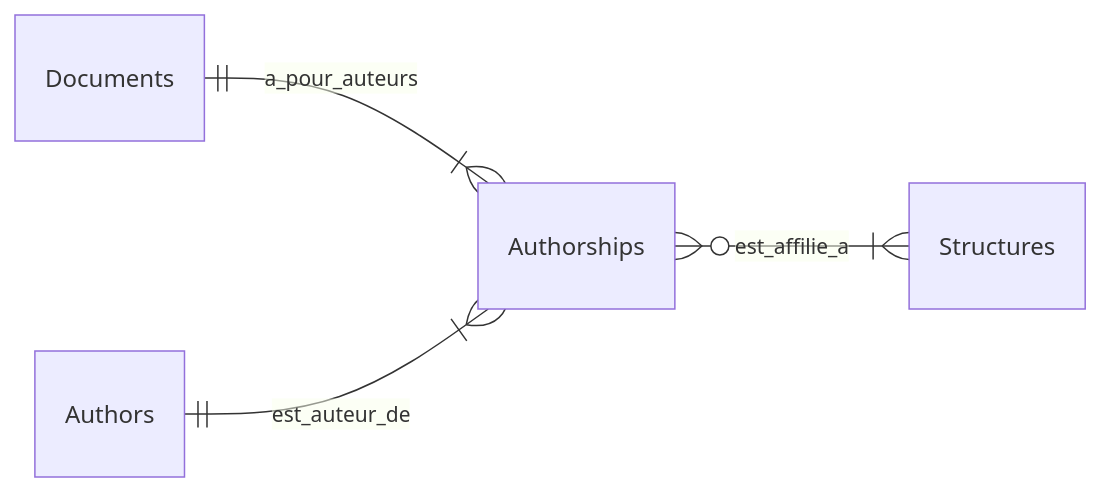
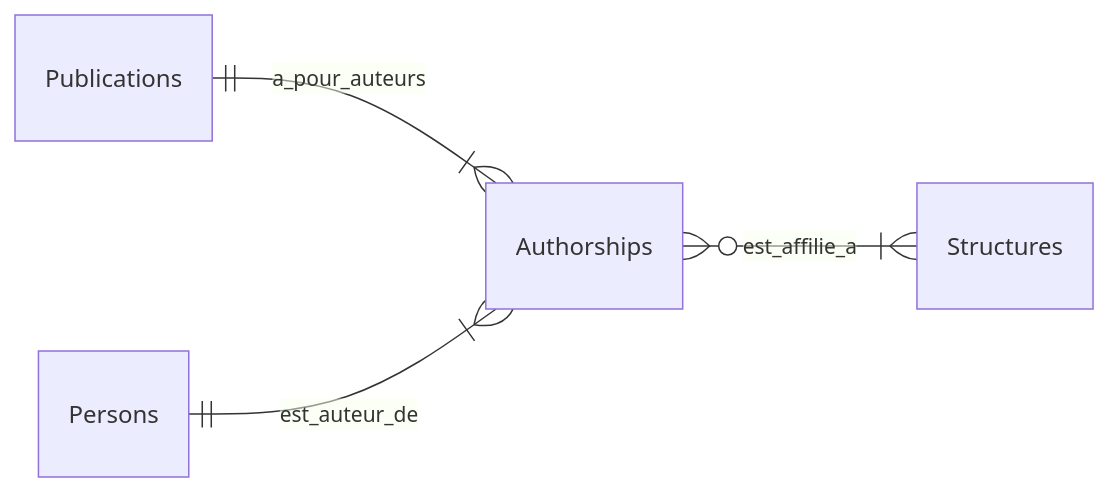
One commit to Y33sha/bibliometrie-uca changed the second of 5 diagrams in docs/architecture.md. Above: the diagram before and after it, drawn with Mermaid. The commit also changed other lines of this file and 3 other files, not shown here.

````diff
--- a/docs/architecture.md
+++ b/docs/architecture.md
@@ -30,8 +33,8 @@
 ```mermaid
 erDiagram 
     direction LR
-    Documents ||--|{ Authorships : a_pour_auteurs
-    Authors ||--|{ Authorships : est_auteur_de
+    Publications ||--|{ Authorships : a_pour_auteurs
+    Persons ||--|{ Authorships : est_auteur_de
     Authorships }o--|{ Structures : est_affilie_a
 
 ```
````
